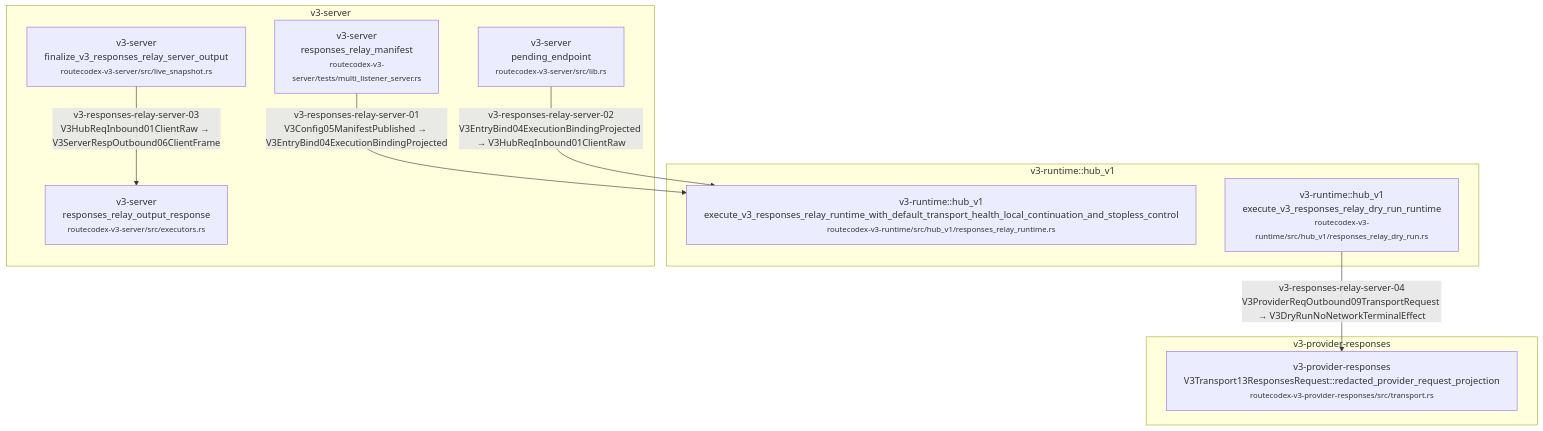
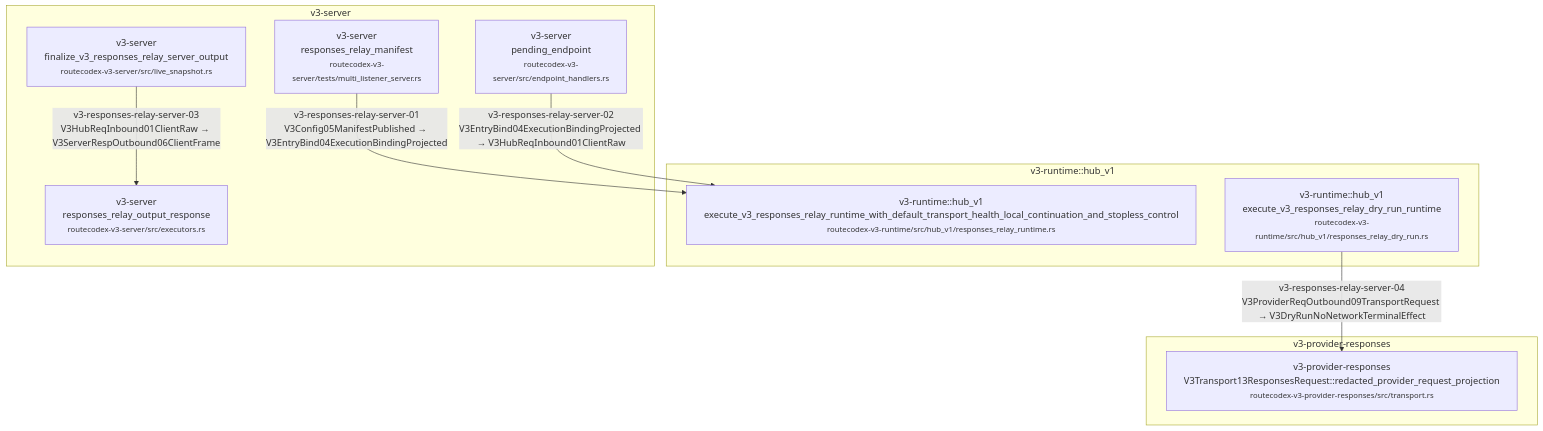
One commit to Jasonzhangf/routecodex changed diagram 37 of 58 in docs/architecture/wiki/v3-mainline-caller-flow.md. Above: the diagram before and after it, drawn with Mermaid. The commit also changed other lines of this file and 22 other files, not shown here.

First line of the commit message:
refactor(v3): responses relay main loop + lifecycle 拆分到 ≤1500 行

````diff
--- a/docs/architecture/wiki/v3-mainline-caller-flow.md
+++ b/docs/architecture/wiki/v3-mainline-caller-flow.md
@@ -1520,20 +1520,20 @@
 ```mermaid
 flowchart TD
   subgraph c_35_v3_responses_relay_source_server_entry_m_v3_provider_responses["v3-provider-responses"]
     c_35_v3_responses_relay_source_server_entry_6["v3-provider-responses<br/>V3Transport13ResponsesRequest::redacted_provider_request_projection<br/><small>routecodex-v3-provider-responses/src/transport.rs</small>"]
   end
   subgraph c_35_v3_responses_relay_source_server_entry_m_v3_runtime__hub_v1["v3-runtime::hub_v1"]
     c_35_v3_responses_relay_source_server_entry_1["v3-runtime::hub_v1<br/>execute_v3_responses_relay_runtime_with_default_transport_health_local_continuation_and_stopless_control<br/><small>routecodex-v3-runtime/src/hub_v1/responses_relay_runtime.rs</small>"]
     c_35_v3_responses_relay_source_server_entry_5["v3-runtime::hub_v1<br/>execute_v3_responses_relay_dry_run_runtime<br/><small>routecodex-v3-runtime/src/hub_v1/responses_relay_dry_run.rs</small>"]
   end
   subgraph c_35_v3_responses_relay_source_server_entry_m_v3_server["v3-server"]
     c_35_v3_responses_relay_source_server_entry_0["v3-server<br/>responses_relay_manifest<br/><small>routecodex-v3-server/tests/multi_listener_server.rs</small>"]
-    c_35_v3_responses_relay_source_server_entry_2["v3-server<br/>pending_endpoint<br/><small>routecodex-v3-server/src/lib.rs</small>"]
+    c_35_v3_responses_relay_source_server_entry_2["v3-server<br/>pending_endpoint<br/><small>routecodex-v3-server/src/endpoint_handlers.rs</small>"]
     c_35_v3_responses_relay_source_server_entry_3["v3-server<br/>finalize_v3_responses_relay_server_output<br/><small>routecodex-v3-server/src/live_snapshot.rs</small>"]
     c_35_v3_responses_relay_source_server_entry_4["v3-server<br/>responses_relay_output_response<br/><small>routecodex-v3-server/src/executors.rs</small>"]
   end
   c_35_v3_responses_relay_source_server_entry_0 -->|v3-responses-relay-server-01<br/>V3Config05ManifestPublished → V3EntryBind04ExecutionBindingProjected| c_35_v3_responses_relay_source_server_entry_1
   c_35_v3_responses_relay_source_server_entry_2 -->|v3-responses-relay-server-02<br/>V3EntryBind04ExecutionBindingProjected → V3HubReqInbound01ClientRaw| c_35_v3_responses_relay_source_server_entry_1
   c_35_v3_responses_relay_source_server_entry_3 -->|v3-responses-relay-server-03<br/>V3HubReqInbound01ClientRaw → V3ServerRespOutbound06ClientFrame| c_35_v3_responses_relay_source_server_entry_4
   c_35_v3_responses_relay_source_server_entry_5 -->|v3-responses-relay-server-04<br/>V3ProviderReqOutbound09TransportRequest → V3DryRunNoNetworkTerminalEffect| c_35_v3_responses_relay_source_server_entry_6
 ```
````
